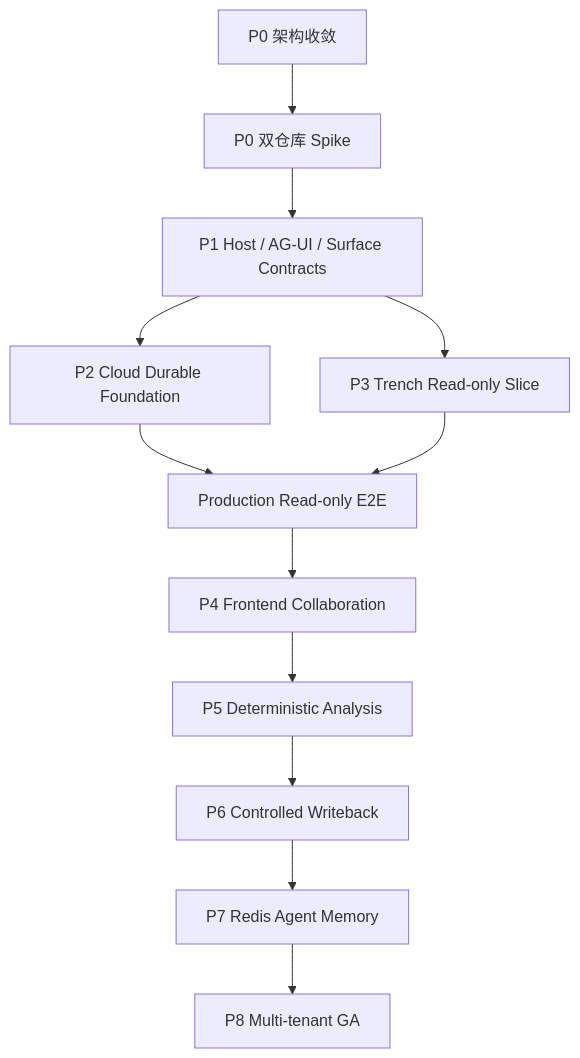
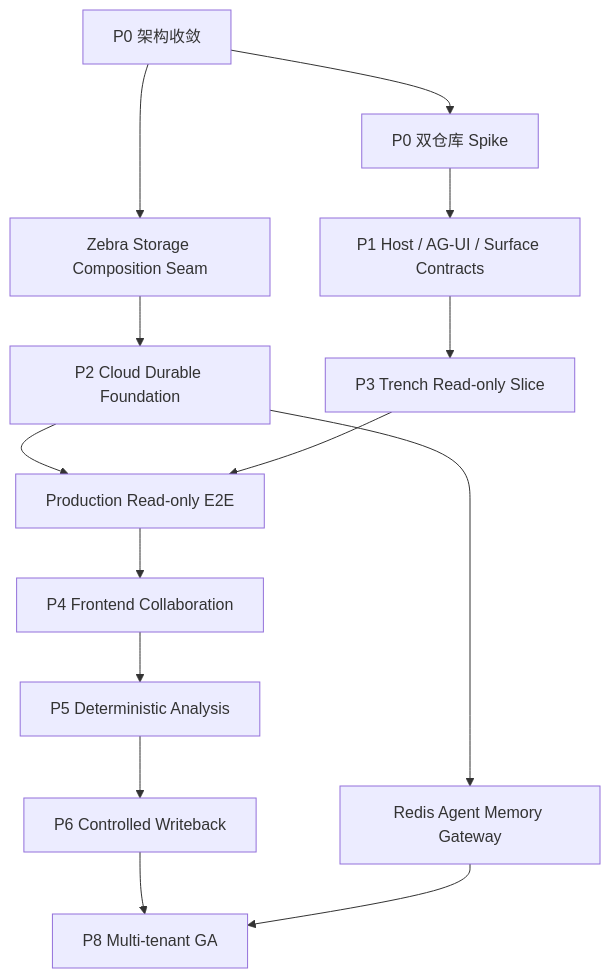
One commit to LogicStormINC/zebra changed the diagram in docs/Zebra Embedded与Trench实施任务拆解_v1.0.md. Above: the diagram before and after it, drawn with Mermaid. The commit also changed other lines of this file and 7 other files, not shown here.

Commit message:
docs(CLOUD-STO-SEAM-01): prioritize Zebra storage foundation

````diff
--- a/docs/Zebra Embedded与Trench实施任务拆解_v1.0.md
+++ b/docs/Zebra Embedded与Trench实施任务拆解_v1.0.md
@@ -26,14 +27,16 @@
 ```mermaid
 flowchart TD
     PLAN["P0 架构收敛"] --> SPIKE["P0 双仓库 Spike"]
+    PLAN --> SEAM["Zebra Storage Composition Seam"]
+    SEAM --> CLOUD["P2 Cloud Durable Foundation"]
+    CLOUD --> MEMORY["Redis Agent Memory Gateway"]
     SPIKE --> CONTRACT["P1 Host / AG-UI / Surface Contracts"]
-    CONTRACT --> CLOUD["P2 Cloud Durable Foundation"]
     CONTRACT --> READ["P3 Trench Read-only Slice"]
     CLOUD --> READGATE["Production Read-only E2E"]
     READ --> READGATE
     READGATE --> FRONTEND["P4 Frontend Collaboration"]
     FRONTEND --> ANALYSIS["P5 Deterministic Analysis"]
     ANALYSIS --> WRITE["P6 Controlled Writeback"]
-    WRITE --> MEMORY["P7 Redis Agent Memory"]
-    MEMORY --> GA["P8 Multi-tenant GA"]
+    WRITE --> GA["P8 Multi-tenant GA"]
+    MEMORY --> GA
 ```
````
